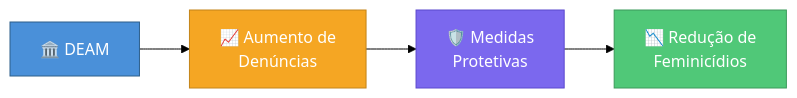
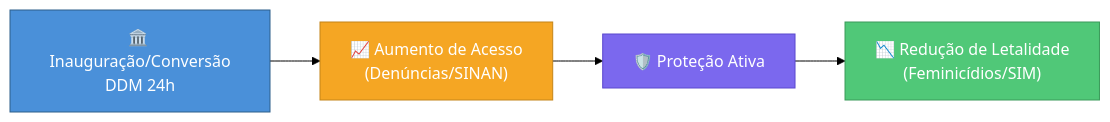
Before and after one commit to felipesantanafs/ddm-pp-aps: the diagram in README.md, drawn with Mermaid (forest theme). The commit also changed other lines of this file, not shown here.

````diff
--- a/README.md
+++ b/README.md
@@ -68,11 +56,11 @@
 ```mermaid
 flowchart LR
-    A["🏛️ DEAM"] --> B["📈 Aumento de\nDenúncias"]
-    B --> C["🛡️ Medidas\nProtetivas"]
-    C --> D["📉 Redução de\nFeminicídios"]
+    A["🏛️ Inauguração/Conversão\nDDM 24h"] --> B["📈 Aumento de Acesso\n(Denúncias/SINAN)"]
+    B --> C["🛡️ Proteção Ativa"]
+    C --> D["📉 Redução de Letalidade\n(Feminicídios/SIM)"]
 
     style A fill:#4a90d9,color:#fff,stroke:#2c5f8a
     style B fill:#f5a623,color:#fff,stroke:#c48418
     style C fill:#7b68ee,color:#fff,stroke:#5b48ce
     style D fill:#50c878,color:#fff,stroke:#3a9a5a
 ```
````
